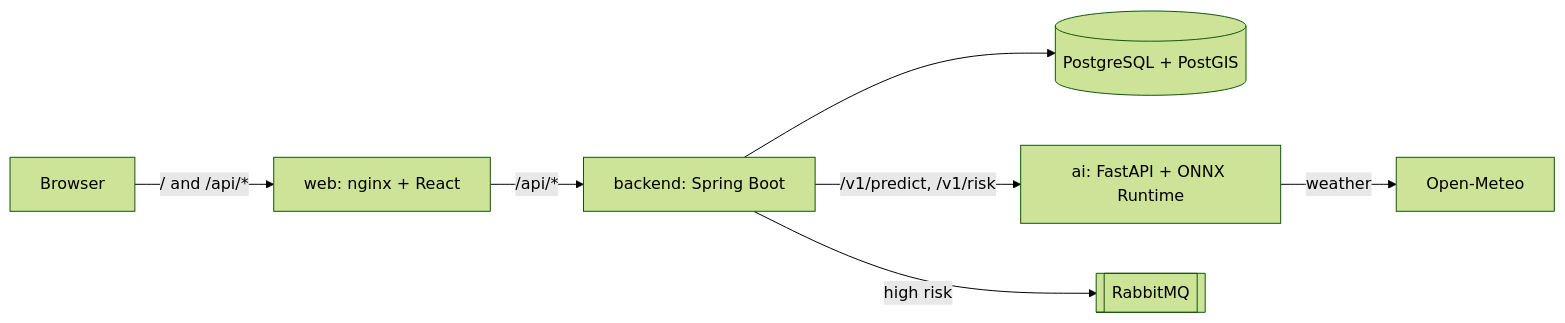
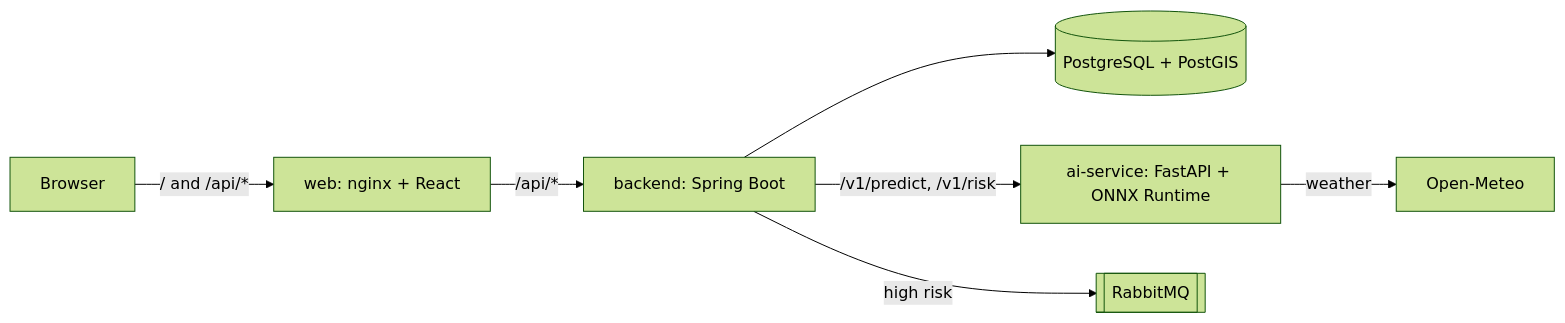
One commit to dariusturcu22/rootine changed the diagram in README.md. Above: the diagram before and after it, drawn with Mermaid (forest theme). The commit also changed 63 other files, not shown here.

````diff
--- a/README.md
+++ b/README.md
@@ -19,9 +19,9 @@
 ```mermaid
 flowchart LR
     Browser -->|"/ and /api/*"| Web["web: nginx + React"]
     Web -->|"/api/*"| Backend["backend: Spring Boot"]
     Backend --> DB[("PostgreSQL + PostGIS")]
-    Backend -->|"/v1/predict, /v1/risk"| AI["ai: FastAPI + ONNX Runtime"]
+    Backend -->|"/v1/predict, /v1/risk"| AI["ai-service: FastAPI + ONNX Runtime"]
     Backend -->|"high risk"| MQ[["RabbitMQ"]]
     AI -->|weather| Meteo[Open-Meteo]
 ```
````
